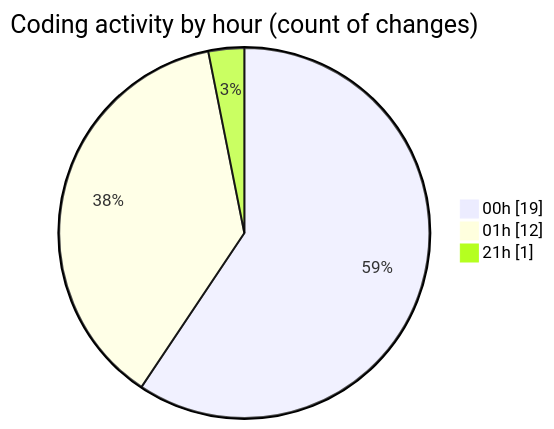
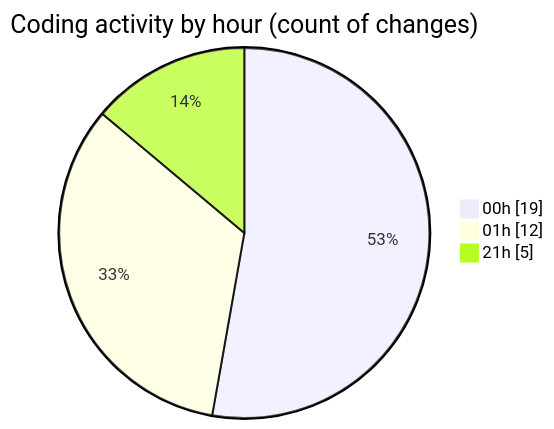
One commit to hasnaa123/code-tracking changed the second of 2 diagrams in 2025-12-11/technologie_web/README.md. Above: the diagram before and after it, drawn with Mermaid. The commit also changed other lines of this file and 1 other file, not shown here.

````diff
--- a/2025-12-11/technologie_web/README.md
+++ b/2025-12-11/technologie_web/README.md
@@ -33,7 +33,7 @@
 ```mermaid
 pie showData
 title Coding activity by hour (count of changes)
 "00h" : 19
 "01h" : 12
-"21h" : 1
+"21h" : 5
 ```
````
